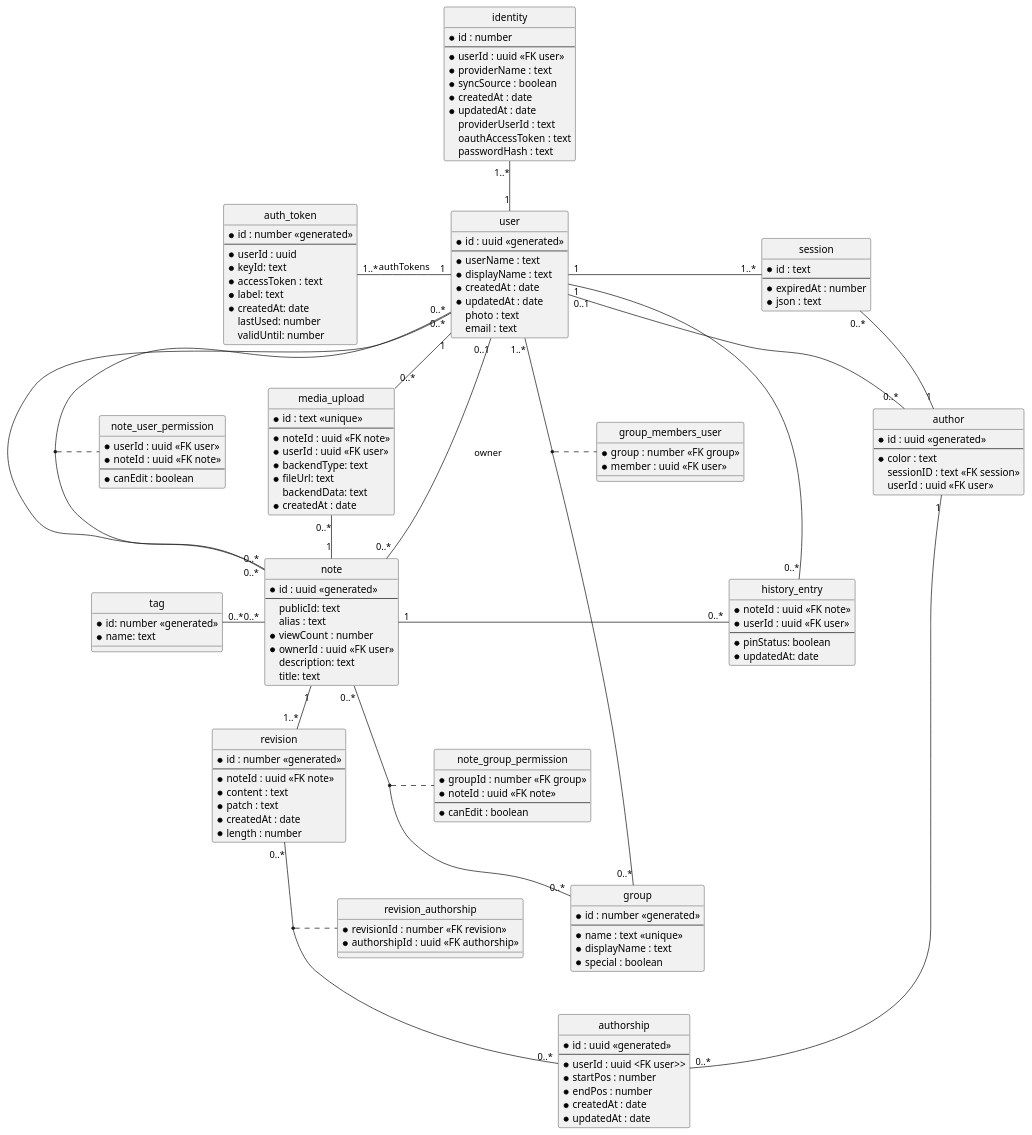
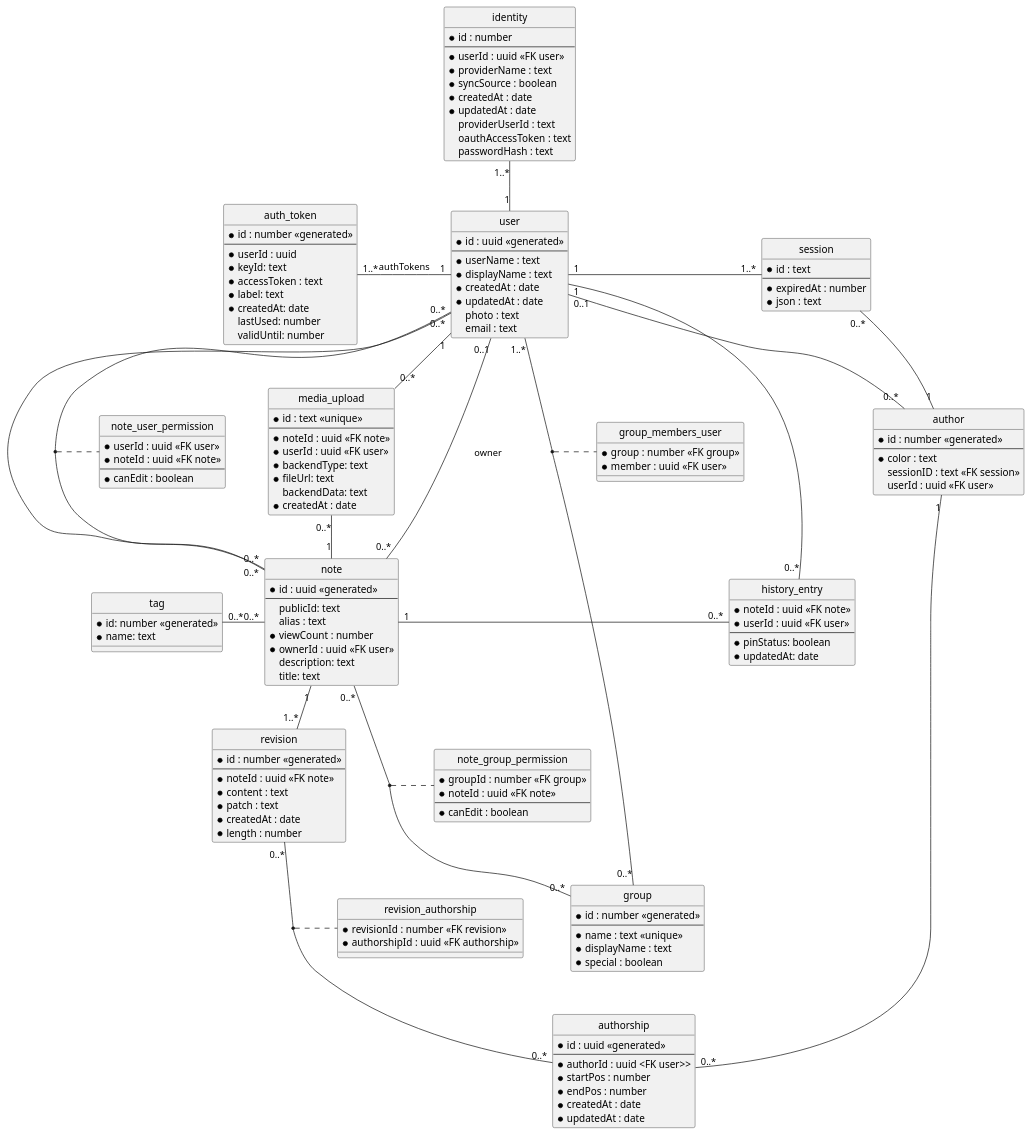
One commit to mk2k-code/hedgedoc changed the diagram in docs/content/dev/db-schema.plantuml. Above: the diagram before and after it, drawn with PlantUML.

Commit message:
allow anoymous colors

```diff
--- a/docs/content/dev/db-schema.plantuml
+++ b/docs/content/dev/db-schema.plantuml
@@ -1,179 +1,179 @@
 @startuml
 hide circle
 skinparam nodesep 60
 
 entity "note" {
   *id : uuid <<generated>>
   --
   publicId: text
   alias : text
   *viewCount : number
   *ownerId : uuid <<FK user>>
   description: text
   title: text
 }
 
 entity "user" {
   *id : uuid <<generated>>
   --
   *userName : text
   *displayName : text
   *createdAt : date
   *updatedAt : date
   photo : text
   email : text
 }
 
 entity "auth_token"{
   *id : number <<generated>>
   --
   *userId : uuid
   *keyId: text
   *accessToken : text
   *label: text
   *createdAt: date
   lastUsed: number
   validUntil: number
 }
 
 entity "identity" {
   *id : number
   --
   *userId : uuid <<FK user>>
   ' Identifies the external login provider and is set in the config
   *providerName : text
   *syncSource : boolean
   *createdAt : date
   *updatedAt : date
   ' The unique identifier of a user from the login provider
   providerUserId : text
   ' Token used to access the OAuth provider in the users name. Can be NULL
   oauthAccessToken : text
   ' Password hash. Can be NULL
   passwordHash : text
 }
 
 entity "session" {
   *id : text
   --
   *expiredAt : number
   *json : text
 }
 
 
 entity "revision" {
   *id : number <<generated>>
   --
   *noteId : uuid <<FK note>>
   *content : text
   *patch : text
   *createdAt : date
   *length : number
 }
 
 entity "authorship" {
   *id : uuid <<generated>>
   --
-  *userId : uuid <FK user>>
+  *authorId : uuid <FK user>>
   *startPos : number
   *endPos : number
   *createdAt : date
   *updatedAt : date
 }
 
 entity "revision_authorship" {
   *revisionId : number <<FK revision>>
   *authorshipId : uuid <<FK authorship>>
 }
 
 entity "author" {
-  *id : uuid <<generated>>
+  *id : number <<generated>>
   --
   *color : text
   sessionID : text <<FK session>>
   userId : uuid <<FK user>>
 }
 
 
 entity "note_user_permission" {
   *userId : uuid <<FK user>>
   *noteId : uuid <<FK note>>
   --
   *canEdit : boolean
 }
 
 entity "group" {
   *id : number <<generated>>
   --
   *name : text <<unique>>
   *displayName : text
   ' Is set to denote a special group
   ' Special groups are used to map the old share settings like "everyone can edit"
   ' or "logged in users can view" to the group permission system
   *special : boolean
   }
 
 entity "note_group_permission" {
   *groupId : number <<FK group>>
   *noteId : uuid <<FK note>>
   --
   *canEdit : boolean
 }
 
 entity "group_members_user" {
   *group : number <<FK group>>
   *member : uuid <<FK user>>
 }
 
 entity "tag" {
   *id: number <<generated>>
   *name: text
 }
 
 entity "media_upload" {
   *id : text <<unique>>
   --
   *noteId : uuid <<FK note>>
   *userId : uuid <<FK user>>
   *backendType: text
   *fileUrl: text
   backendData: text
   *createdAt : date
 }
 
 entity "history_entry" {
   *noteId : uuid <<FK note>>
   *userId : uuid <<FK user>>
   --
   *pinStatus: boolean
   *updatedAt: date
 }
 
 user "0..1" -- "0..*" note: owner
 user "1" -u- "1..*" identity
 user "1" -l- "1..*" auth_token: authTokens
 user "1" -r- "1..*" session
 user "1" -- "0..*" media_upload
 user "1" -- "0..*" history_entry
 user "0..*" -- "0..*" note
 user "0..1" -- "0..*" author
 
 author "1" -- "0..*" authorship
 author "1" -u- "0..*" session
 
 revision "0..*" -- "0..*" authorship
 (revision, authorship) .. revision_authorship
 
 media_upload "0..*"  -- "1" note
 note "1" -d- "1..*" revision
 note "1" - "0..*" history_entry
 note "0..*" -l- "0..*" tag
 note "0..*" -- "0..*" group
 user "1..*" -- "0..*" group
 
 user "0..*" -- "0..*" note
 (user, note) . note_user_permission
 (note, group) . note_group_permission
 (user, group) . group_members_user
 
 @enduml
```
